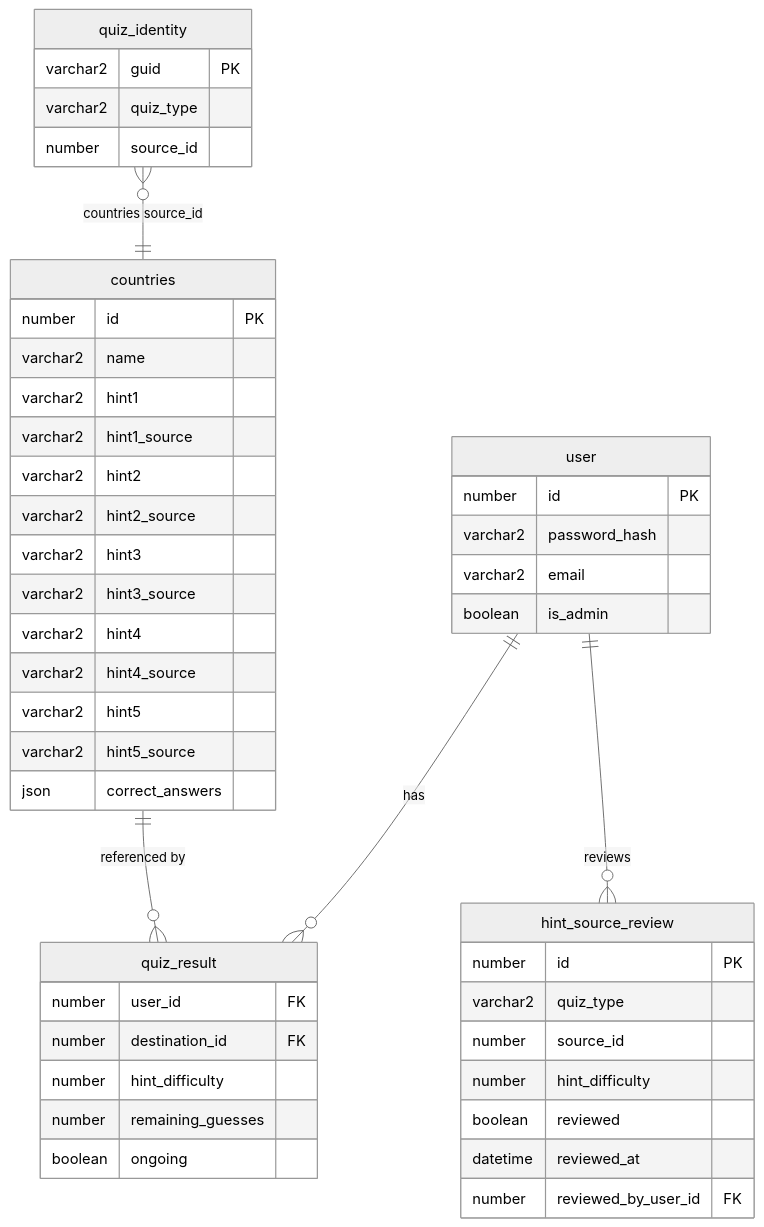
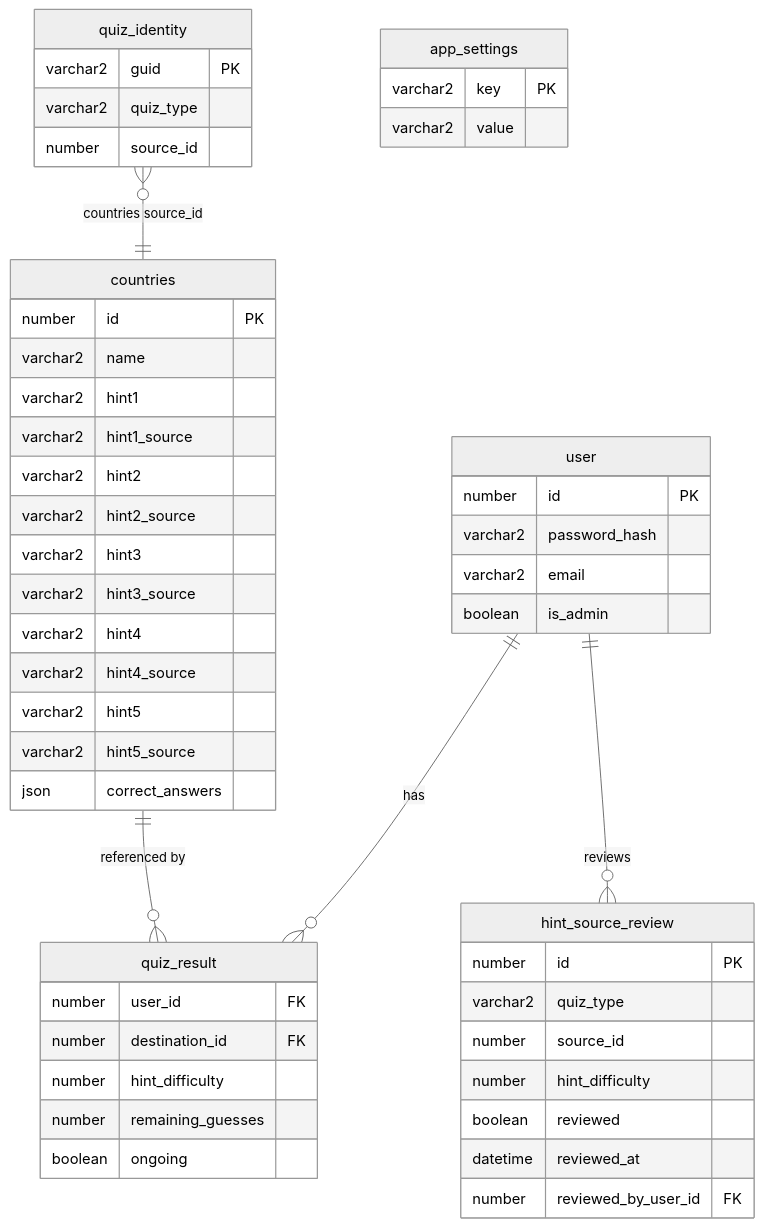
One commit to fylke/quizzler changed the diagram in docs/database_schema.md. Above: the diagram before and after it, drawn with Mermaid (neutral theme). The commit also changed other lines of this file and 13 other files, not shown here.

````diff
--- a/docs/database_schema.md
+++ b/docs/database_schema.md
@@ -1,54 +1,59 @@
 ```mermaid
 erDiagram
     countries {
         number id PK
         varchar2 name
         varchar2 hint1
         varchar2 hint1_source
         varchar2 hint2
         varchar2 hint2_source
         varchar2 hint3
         varchar2 hint3_source
         varchar2 hint4
         varchar2 hint4_source
         varchar2 hint5
         varchar2 hint5_source
         json correct_answers
     }
 
     quiz_identity {
         varchar2 guid PK
         varchar2 quiz_type
         number source_id
     }
 
     user {
         number id PK
         varchar2 password_hash
         varchar2 email
         boolean is_admin
     }
 
     hint_source_review {
         number id PK
         varchar2 quiz_type
         number source_id
         number hint_difficulty
         boolean reviewed
         datetime reviewed_at
         number reviewed_by_user_id FK
     }
 
     quiz_result {
         number user_id FK
         number destination_id FK
         number hint_difficulty
         number remaining_guesses
         boolean ongoing
     }
 
+    app_settings {
+        varchar2 key PK
+        varchar2 value
+    }
+
     user ||--o{ quiz_result : "has"
     countries ||--o{ quiz_result : "referenced by"
     quiz_identity }o--|| countries : "countries source_id"
     user ||--o{ hint_source_review : "reviews"
 ```
````
